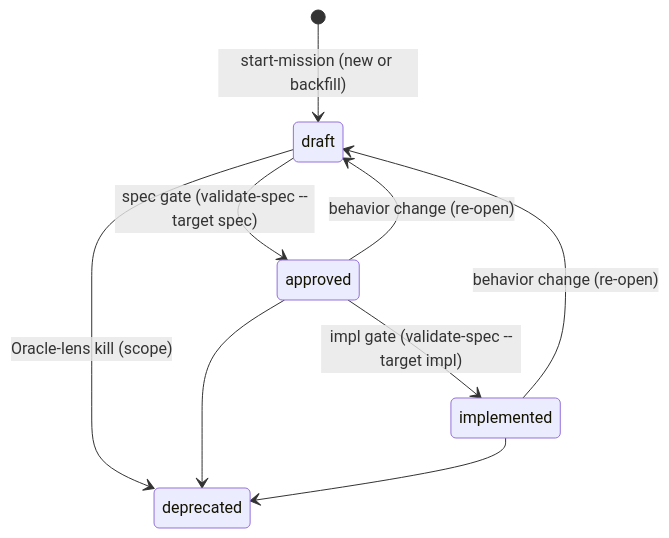
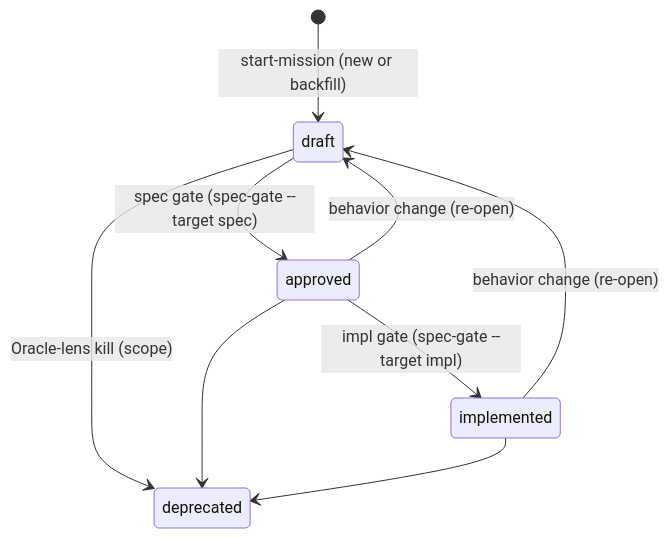
Before and after one commit to cyberuni/cyber-sdd: the diagram in .agents/specs/sdd/design/lifecycle-model.md, drawn with Mermaid. The commit also changed other lines of this file and 23 other files, not shown here.

First line of the commit message:
refactor(sdd): rename validate-spec skill + spec node to spec-gate

````diff
--- a/.agents/specs/sdd/design/lifecycle-model.md
+++ b/.agents/specs/sdd/design/lifecycle-model.md
@@ -63,11 +63,11 @@
 ```mermaid
 stateDiagram-v2
     [*] --> draft: start-mission (new or backfill)
-    draft --> approved: spec gate (validate-spec --target spec)
-    approved --> implemented: impl gate (validate-spec --target impl)
+    draft --> approved: spec gate (spec-gate --target spec)
+    approved --> implemented: impl gate (spec-gate --target impl)
     approved --> draft: behavior change (re-open)
     implemented --> draft: behavior change (re-open)
     draft --> deprecated: Oracle-lens kill (scope)
     approved --> deprecated
     implemented --> deprecated
 ```
````
